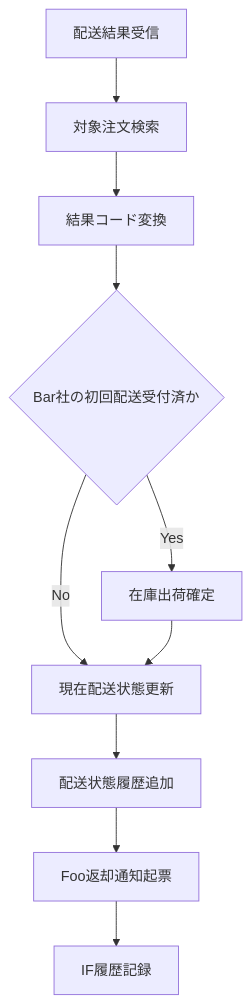
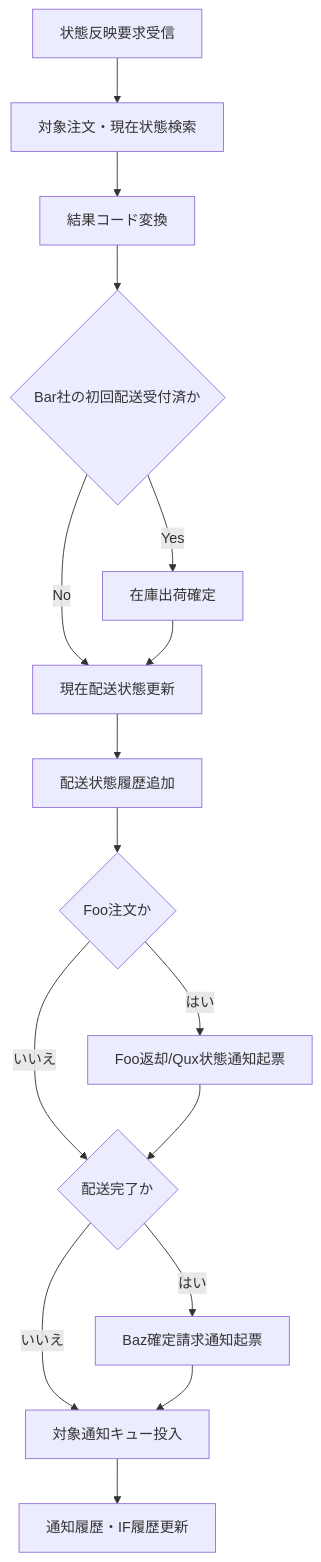
The second of 2 diagrams in docs/自社内部設計/業務設計/メソッド設計書/MTD-006_配送結果受付・配送状態反映メソッド設計書.md (CalorieMateEater/training-project-logistics-company), drawn with Mermaid before and after one commit. The commit also changed other lines of this file and 66 other files, not shown here.

````diff
--- a/docs/自社内部設計/業務設計/メソッド設計書/MTD-006_配送結果受付・配送状態反映メソッド設計書.md
+++ b/docs/自社内部設計/業務設計/メソッド設計書/MTD-006_配送結果受付・配送状態反映メソッド設計書.md
@@ -31,12 +65,18 @@
 ```mermaid
 flowchart TD
-    A[配送結果受信] --> B[対象注文検索]
+    A[状態反映要求受信] --> B[対象注文・現在状態検索]
     B --> C[結果コード変換]
     C --> D{Bar社の初回配送受付済か}
     D -->|Yes| E[在庫出荷確定]
     D -->|No| F[現在配送状態更新]
     E --> F
     F --> G[配送状態履歴追加]
-    G --> H[Foo返却通知起票]
-    H --> I[IF履歴記録]
+    G --> H{Foo注文か}
+    H -- はい --> L[Foo返却/Qux状態通知起票]
+    H -- いいえ --> I{配送完了か}
+    L --> I
+    I -- はい --> M[Baz確定請求通知起票]
+    I -- いいえ --> J[対象通知キュー投入]
+    M --> J
+    J --> K[通知履歴・IF履歴更新]
 ```
````
